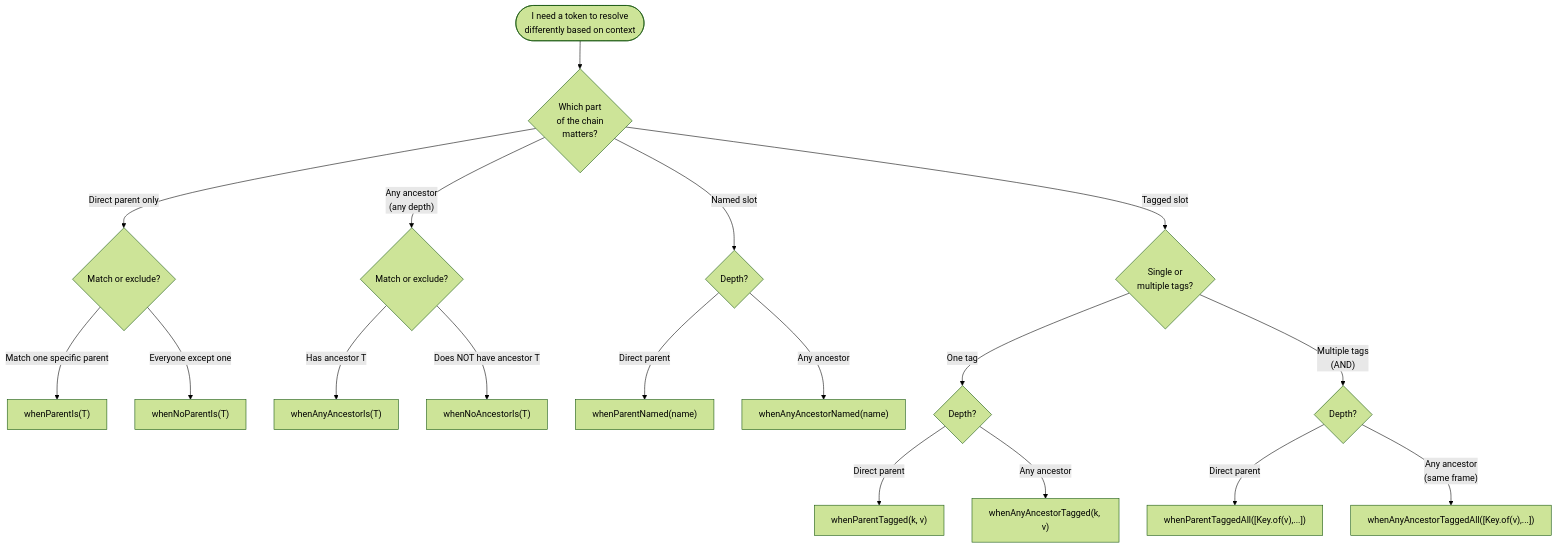
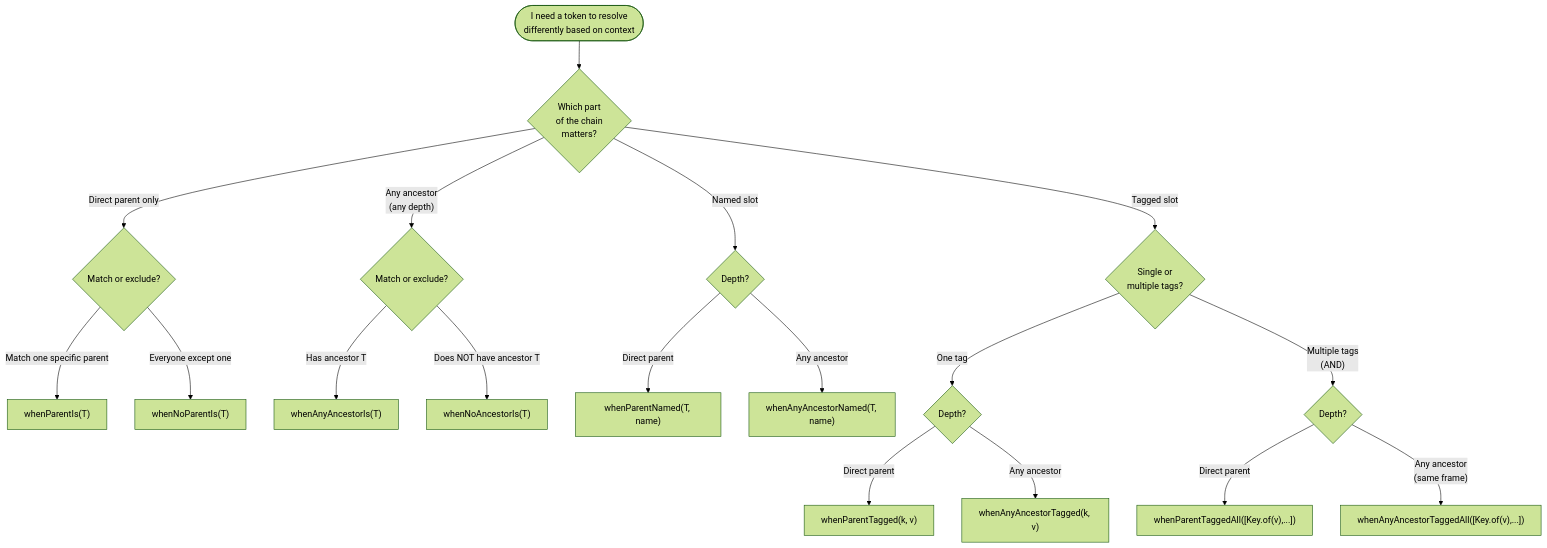
One commit to codefastlabs/codefast changed the first of 2 diagrams in packages/di/examples/17-extended-constraints/README.md. Above: the diagram before and after it, drawn with Mermaid (forest theme). The commit also changed other lines of this file and 2 other files, not shown here.

Commit message:
docs(di): document token-scoped ancestor name constraints

````diff
--- a/packages/di/examples/17-extended-constraints/README.md
+++ b/packages/di/examples/17-extended-constraints/README.md
@@ -39,27 +39,27 @@
 ```mermaid
 flowchart TD
     Start(["I need a token to resolve\ndifferently based on context"])
 
     Start --> Q1{Which part\nof the chain\nmatters?}
 
     Q1 -->|"Direct parent only"| Q2{Match or exclude?}
     Q2 -->|"Match one specific parent"| C1["whenParentIs(T)"]
     Q2 -->|"Everyone except one"| C2["whenNoParentIs(T)"]
 
     Q1 -->|"Any ancestor\n(any depth)"| Q3{Match or exclude?}
     Q3 -->|"Has ancestor T"| C3["whenAnyAncestorIs(T)"]
     Q3 -->|"Does NOT have ancestor T"| C4["whenNoAncestorIs(T)"]
 
     Q1 -->|"Named slot"| Q4{Depth?}
-    Q4 -->|"Direct parent"| C5["whenParentNamed(name)"]
-    Q4 -->|"Any ancestor"| C6["whenAnyAncestorNamed(name)"]
+    Q4 -->|"Direct parent"| C5["whenParentNamed(T, name)"]
+    Q4 -->|"Any ancestor"| C6["whenAnyAncestorNamed(T, name)"]
 
     Q1 -->|"Tagged slot"| Q5{Single or\nmultiple tags?}
     Q5 -->|"One tag"| Q6{Depth?}
     Q6 -->|"Direct parent"| C7["whenParentTagged(k, v)"]
     Q6 -->|"Any ancestor"| C8["whenAnyAncestorTagged(k, v)"]
 
     Q5 -->|"Multiple tags\n(AND)"| Q7{Depth?}
     Q7 -->|"Direct parent"| C9["whenParentTaggedAll([Key.of(v),...])"]
     Q7 -->|"Any ancestor\n(same frame)"| C10["whenAnyAncestorTaggedAll([Key.of(v),...])"]
 ```
````
